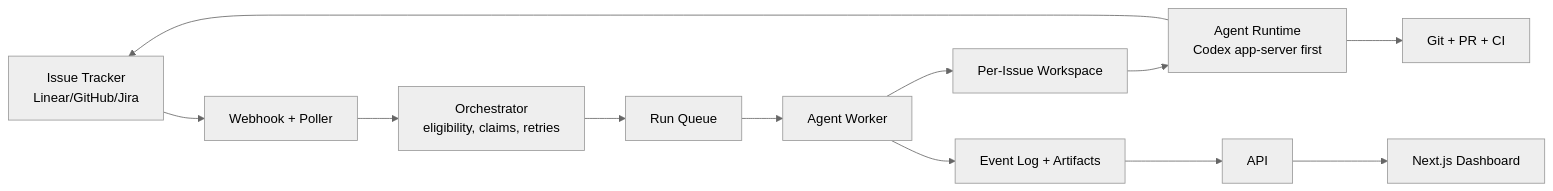
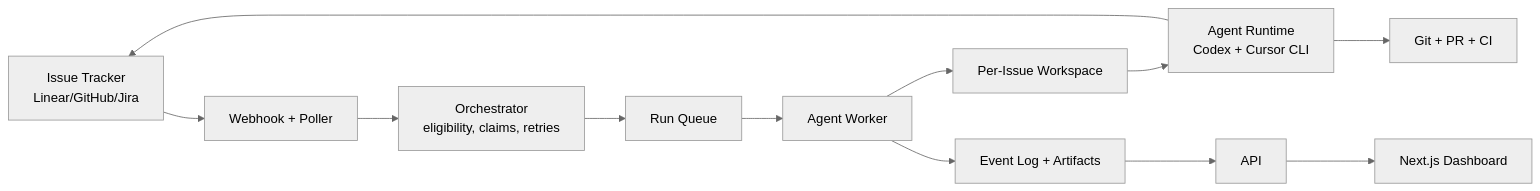
Before and after one commit to PrasanKumar93/agentic-pm: the diagram in agentic-project-management/docs/PLAN.md, drawn with Mermaid (neutral theme). The commit also changed other lines of this file and 10 other files, not shown here.

````diff
--- a/agentic-project-management/docs/PLAN.md
+++ b/agentic-project-management/docs/PLAN.md
@@ -96,14 +96,14 @@
 ```mermaid
 flowchart LR
   Tracker["Issue Tracker<br/>Linear/GitHub/Jira"] --> Ingest["Webhook + Poller"]
   Ingest --> Orchestrator["Orchestrator<br/>eligibility, claims, retries"]
   Orchestrator --> Queue["Run Queue"]
   Queue --> Worker["Agent Worker"]
   Worker --> Workspace["Per-Issue Workspace"]
-  Workspace --> Agent["Agent Runtime<br/>Codex app-server first"]
+  Workspace --> Agent["Agent Runtime<br/>Codex + Cursor CLI"]
   Agent --> Git["Git + PR + CI"]
   Agent --> Tracker
   Worker --> Events["Event Log + Artifacts"]
   Events --> API["API"]
   API --> Web["Next.js Dashboard"]
 ```
````
